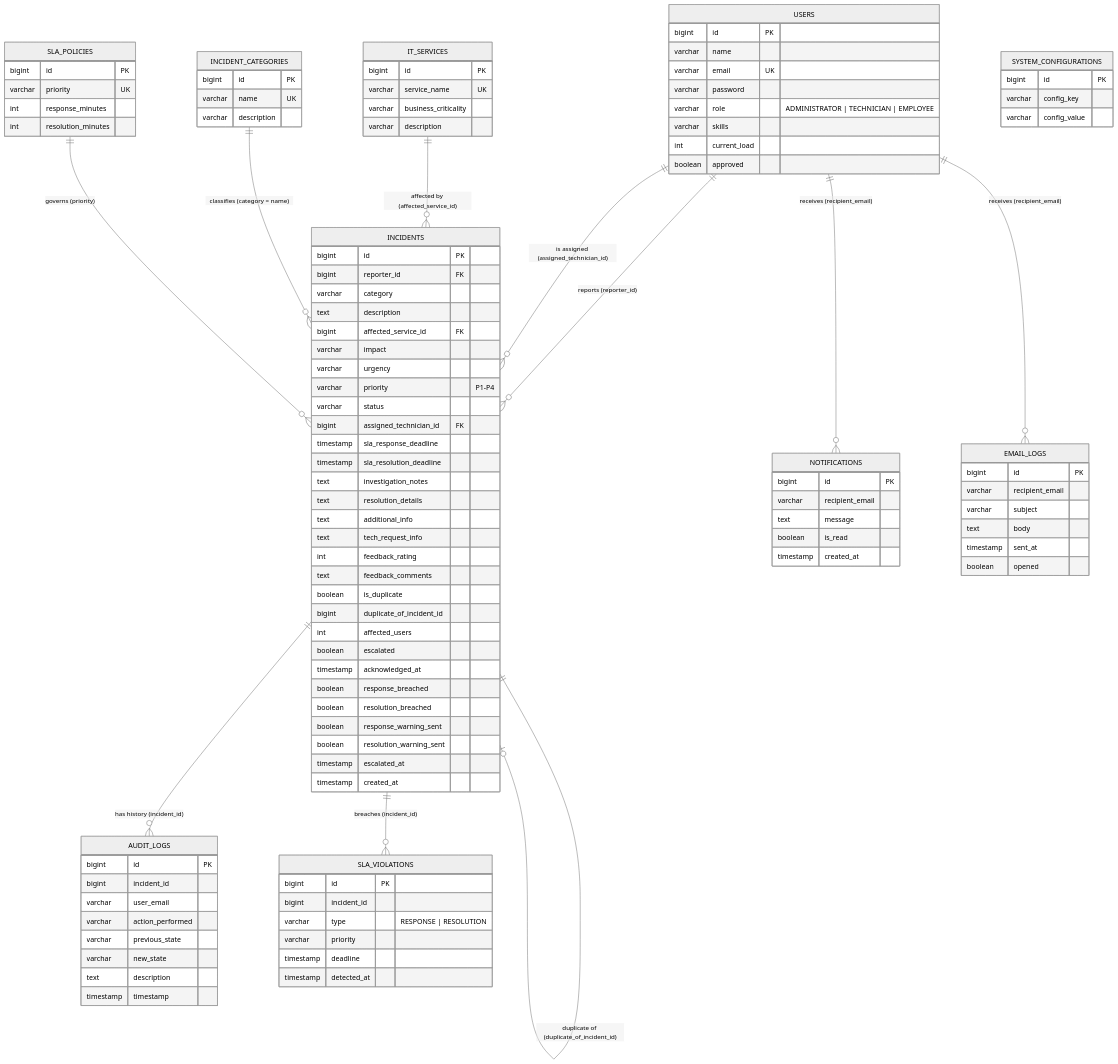
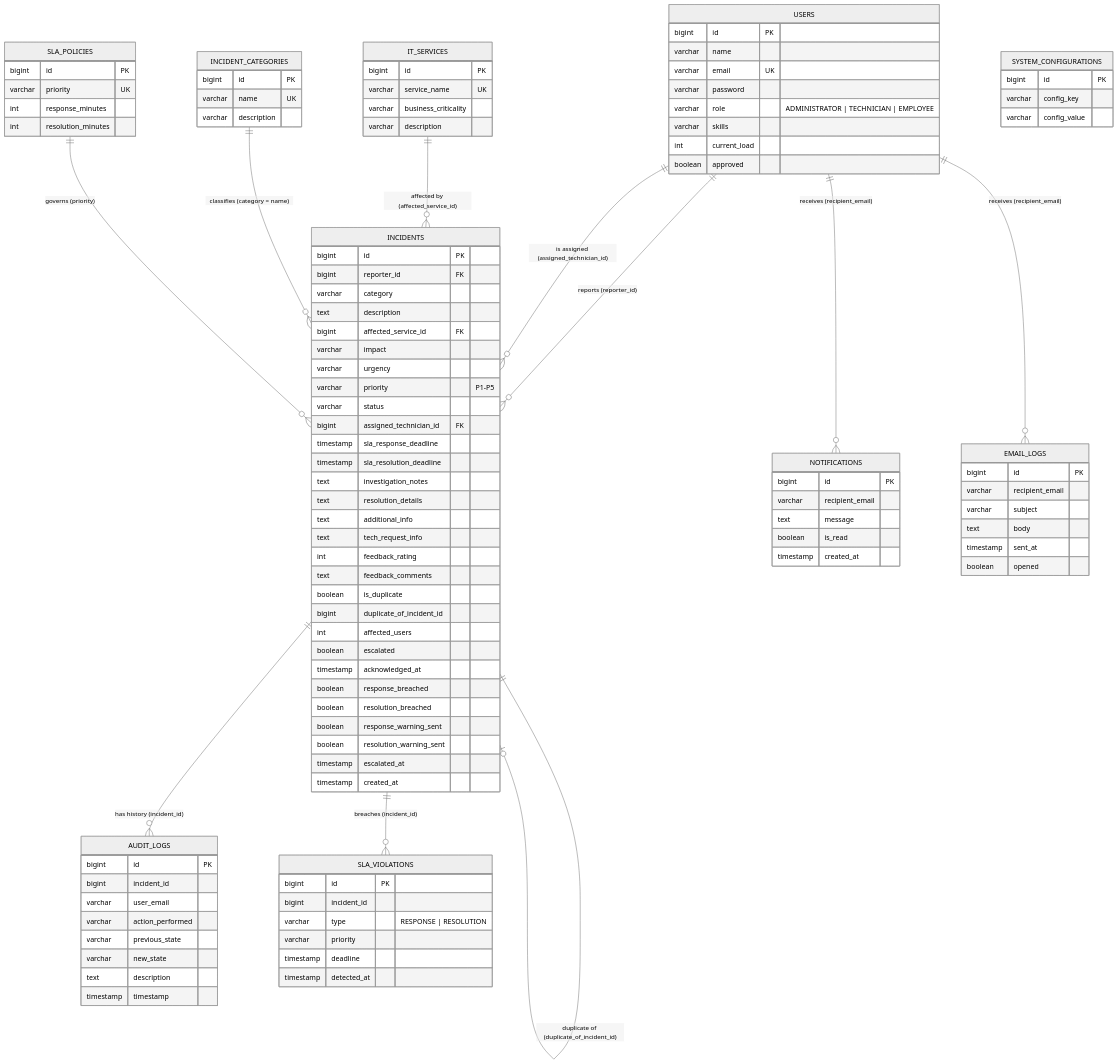
Before and after one commit to likhil-20/OOP_Project: the diagram in docs/database-design.md, drawn with Mermaid (neutral theme). The commit also changed other lines of this file and 16 other files, not shown here.

```diff
--- a/docs/database-design.md
+++ b/docs/database-design.md
@@ -35,7 +35,7 @@
         bigint affected_service_id FK
         varchar impact
         varchar urgency
-        varchar priority "P1-P4"
+        varchar priority "P1-P5"
         varchar status
         bigint assigned_technician_id FK
         timestamp sla_response_deadline
```
